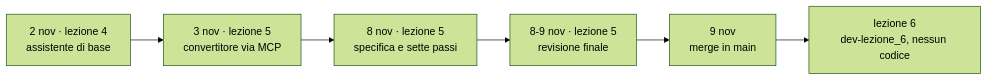
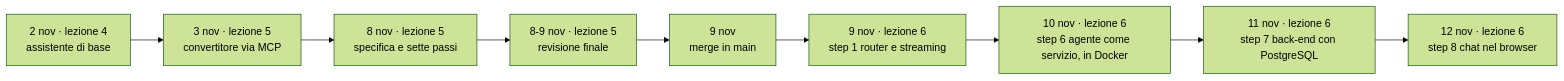
One commit to mattiaramon25-2-oss/Agente changed the first of 3 diagrams in assistente-laboratorio/docs/studio/11-storia-del-progetto.md. Above: the diagram before and after it, drawn with Mermaid (forest theme). The commit also changed other lines of this file and 6 other files, not shown here.

Commit message:
docs: storia, architettura, concetti, glossario e indice aggiornati alla lezione 6 (step 1, 6, 7, 8), con il checkpoint della pausa

````diff
--- a/assistente-laboratorio/docs/studio/11-storia-del-progetto.md
+++ b/assistente-laboratorio/docs/studio/11-storia-del-progetto.md
@@ -21,8 +22,11 @@
 ```mermaid
 flowchart LR
     A["2 nov · lezione 4<br/>assistente di base"] --> B["3 nov · lezione 5<br/>convertitore via MCP"]
     B --> C["8 nov · lezione 5<br/>specifica e sette passi"]
     C --> D["8-9 nov · lezione 5<br/>revisione finale"]
     D --> E["9 nov<br/>merge in main"]
-    E --> F["lezione 6<br/>dev-lezione_6, nessun codice"]
+    E --> F["9 nov · lezione 6<br/>step 1 router e streaming"]
+    F --> G["10 nov · lezione 6<br/>step 6 agente come servizio, in Docker"]
+    G --> H["11 nov · lezione 6<br/>step 7 back-end con PostgreSQL"]
+    H --> I["12 nov · lezione 6<br/>step 8 chat nel browser"]
 ```
````
